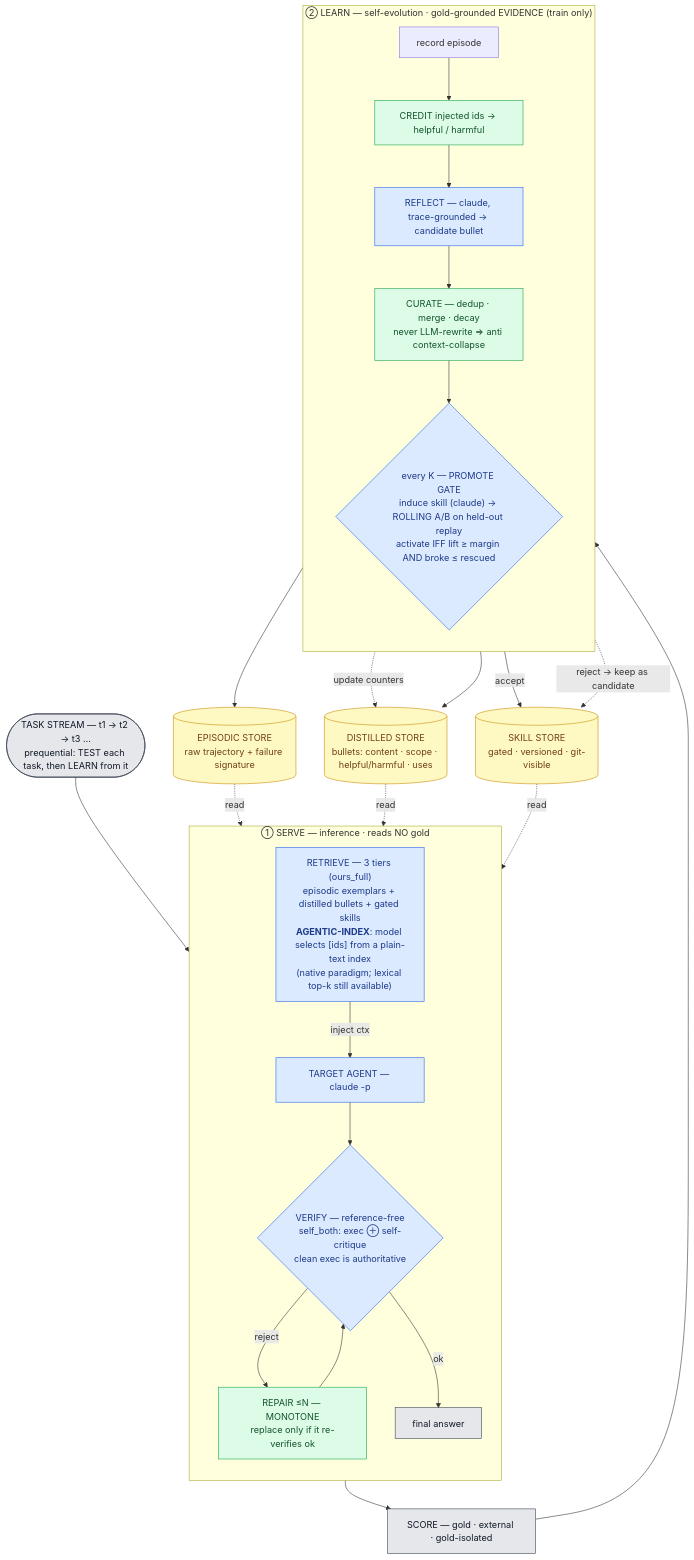
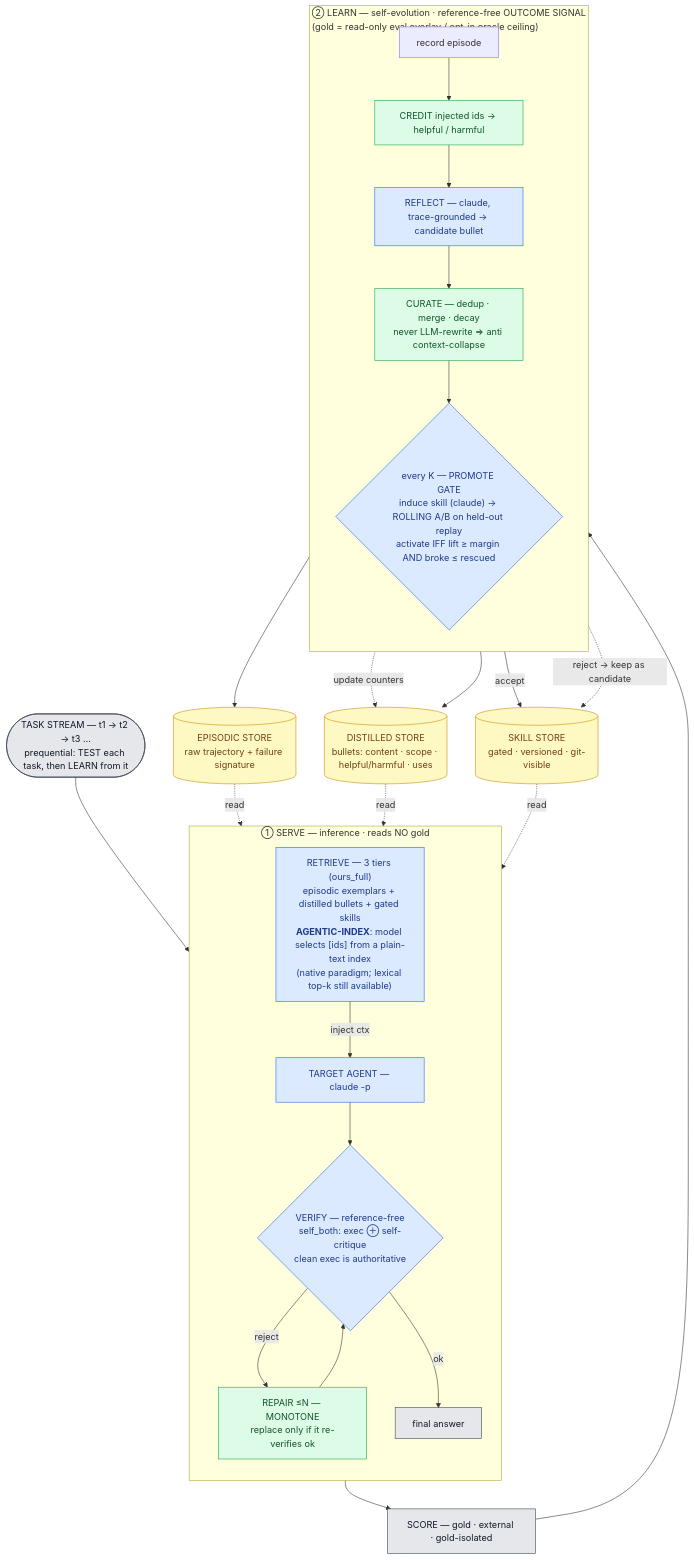
Before and after one commit to zhusq20/native_evolve: the diagram in docs/architecture.md, drawn with Mermaid. The commit also changed other lines of this file and 6 other files, not shown here.

````diff
--- a/docs/architecture.md
+++ b/docs/architecture.md
@@ -11,54 +11,54 @@
 ```mermaid
 flowchart TB
   stream(["TASK STREAM — t1 → t2 → t3 …<br/>prequential: TEST each task, then LEARN from it"])
   stream --> retr
 
   subgraph SERVE["① SERVE — inference · reads NO gold"]
     direction TB
     retr["RETRIEVE — 3 tiers (ours_full)<br/>episodic exemplars + distilled bullets + gated skills<br/><b>AGENTIC-INDEX</b>: model selects [ids] from a plain-text index<br/>(native paradigm; lexical top-k still available)"]
     agent["TARGET AGENT — claude -p"]
     verify{"VERIFY — reference-free<br/>self_both: exec ⊕ self-critique<br/>clean exec is authoritative"}
     repair["REPAIR ≤N — MONOTONE<br/>replace only if it re-verifies ok"]
     ans["final answer"]
     retr -->|inject ctx| agent --> verify
     verify -->|reject| repair --> verify
     verify -->|ok| ans
   end
 
   score["SCORE — gold · external · gold-isolated"]
   ans --> score
 
-  subgraph LEARN["② LEARN — self-evolution · gold-grounded EVIDENCE (train only)"]
+  subgraph LEARN["② LEARN — self-evolution · reference-free OUTCOME SIGNAL<br/>(gold = read-only eval overlay / opt-in oracle ceiling)"]
     direction TB
     rec["record episode"]
     cred["CREDIT injected ids → helpful / harmful"]
     refl["REFLECT — claude, trace-grounded → candidate bullet"]
     cur["CURATE — dedup · merge · decay<br/>never LLM-rewrite ⇒ anti context-collapse"]
     gate{"every K — PROMOTE GATE<br/>induce skill (claude) → ROLLING A/B on held-out replay<br/>activate IFF lift ≥ margin AND broke ≤ rescued"}
     rec --> cred --> refl --> cur --> gate
   end
   score --> rec
 
   epi[("EPISODIC STORE<br/>raw trajectory + failure signature")]
   dist[("DISTILLED STORE<br/>bullets: content · scope · helpful/harmful · uses")]
   skl[("SKILL STORE<br/>gated · versioned · git-visible")]
 
   rec --> epi
   cred -. update counters .-> dist
   cur --> dist
   gate -->|accept| skl
   gate -. reject → keep as candidate .-> skl
 
   epi -. read .-> retr
   dist -. read .-> retr
   skl -. read .-> retr
 
   classDef llm fill:#dbeafe,stroke:#2563eb,color:#1e3a8a;
   classDef det fill:#dcfce7,stroke:#16a34a,color:#14532d;
   classDef store fill:#fef9c3,stroke:#ca8a04,color:#713f12;
   classDef ext fill:#e5e7eb,stroke:#374151,color:#111827;
   class agent,refl,retr,verify,gate llm;
   class cred,cur,repair det;
   class epi,dist,skl store;
   class score,ans,stream ext;
 ```
````
